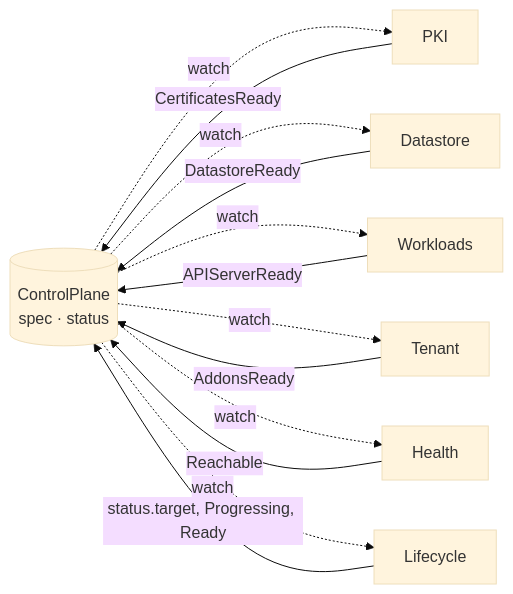
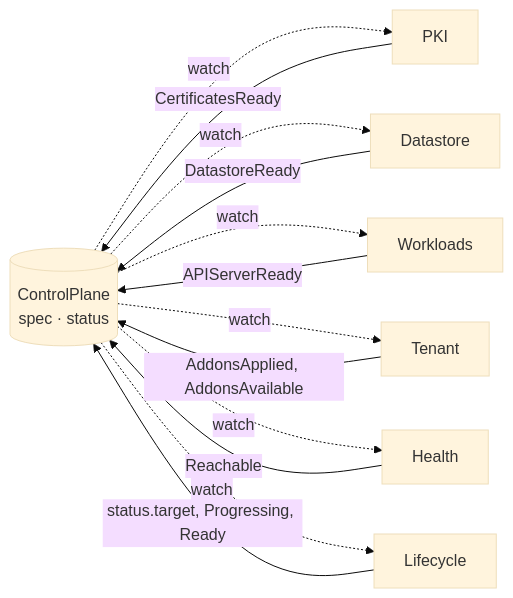
The diagram in docs/decisions/independent-controllers.md (lodia-io/lodia), drawn with Mermaid (base theme) before and after one commit. The commit also changed other lines of this file and 17 other files, not shown here.

````diff
--- a/docs/decisions/independent-controllers.md
+++ b/docs/decisions/independent-controllers.md
@@ -49,16 +53,16 @@
 ```mermaid
 flowchart LR
   CP[("ControlPlane<br/>spec · status")]
   PKI -->|CertificatesReady| CP
   DS[Datastore] -->|DatastoreReady| CP
   WL[Workloads] -->|APIServerReady| CP
-  TN[Tenant] -->|AddonsReady| CP
+  TN[Tenant] -->|AddonsApplied, AddonsAvailable| CP
   HL[Health] -->|Reachable| CP
   LC[Lifecycle] -->|status.target, Progressing, Ready| CP
   CP -. watch .-> PKI
   CP -. watch .-> DS
   CP -. watch .-> WL
   CP -. watch .-> TN
   CP -. watch .-> HL
   CP -. watch .-> LC
 ```
````
